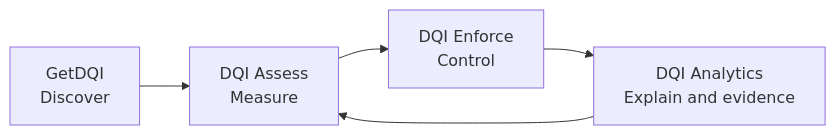
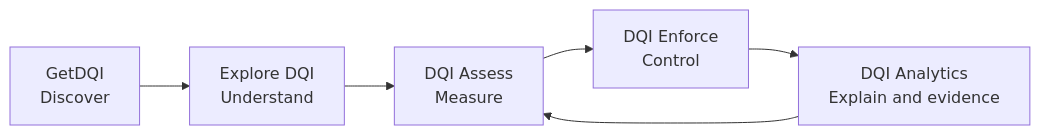
Before and after one commit to JonBoyd2401/DQI-analytics: the first of 3 diagrams in docs/start-here/platform-architecture.md, drawn with Mermaid. The commit also changed other lines of this file and 1 other file, not shown here.

Commit message:
fix: separate DQI home and explorer navigation

````diff
--- a/docs/start-here/platform-architecture.md
+++ b/docs/start-here/platform-architecture.md
@@ -17,7 +18,8 @@
 ```mermaid
 flowchart LR
-    Explore["GetDQI<br/>Discover"] --> Assess["DQI Assess<br/>Measure"]
+    Home["GetDQI<br/>Discover"] --> Explore["Explore DQI<br/>Understand"]
+    Explore --> Assess["DQI Assess<br/>Measure"]
     Assess --> Enforce["DQI Enforce<br/>Control"]
     Enforce --> Analytics["DQI Analytics<br/>Explain and evidence"]
     Analytics --> Assess
 ```
````
